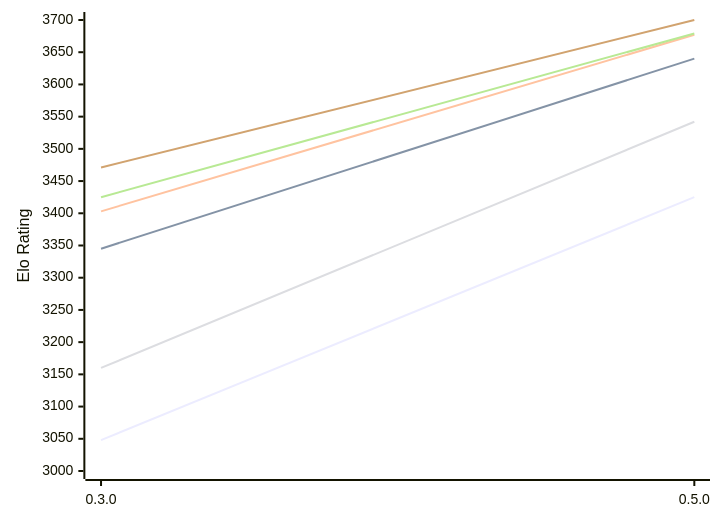
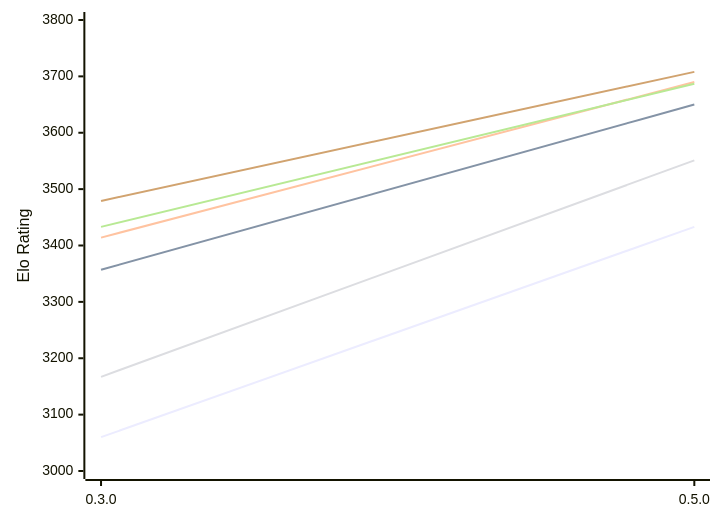
The first of 2 diagrams in engines/Justbot.md (computer-chess-index/cci), drawn with Mermaid before and after one commit. The commit also changed other lines of this file, not shown here.

Commit message:
Update CCI Ratings (ELO VLTC) - 2026-10-25

````diff
--- a/engines/Justbot.md
+++ b/engines/Justbot.md
@@ -53,12 +53,12 @@
 ```mermaid
 %%{init: {"theme":"base","themeVariables":{"seriesColors:['#a3a3a3','#222221','#faa371']}}}%%
 xychart-beta
   x-axis ["0.3.0", "0.5.0"]
-  y-axis "Elo Rating" 3000 --> 3700
-  line "E1: STC (8.0+0.08s)" [3048, 3425]
-  line "E1: LTC (60.0+0.60s)" [3345, 3640]
-  line "E1: VLTC (2m24s+1.12s)" [3403, 3677]
-  line "P1: STC (8.0+0.08s)" [3160, 3542]
-  line "P1: LTC (60.0+0.60s)" [3425, 3679]
-  line "P1: VLTC (2m24s+1.12s)" [3471, 3700]
+  y-axis "Elo Rating" 3000 --> 3800
+  line "E1: STC (8.0+0.08s)" [3060, 3433]
+  line "E1: LTC (60.0+0.60s)" [3357, 3650]
+  line "E1: VLTC (2m24s+1.12s)" [3414, 3690]
+  line "P1: STC (8.0+0.08s)" [3167, 3551]
+  line "P1: LTC (60.0+0.60s)" [3433, 3687]
+  line "P1: VLTC (2m24s+1.12s)" [3479, 3708]
 ```
````
